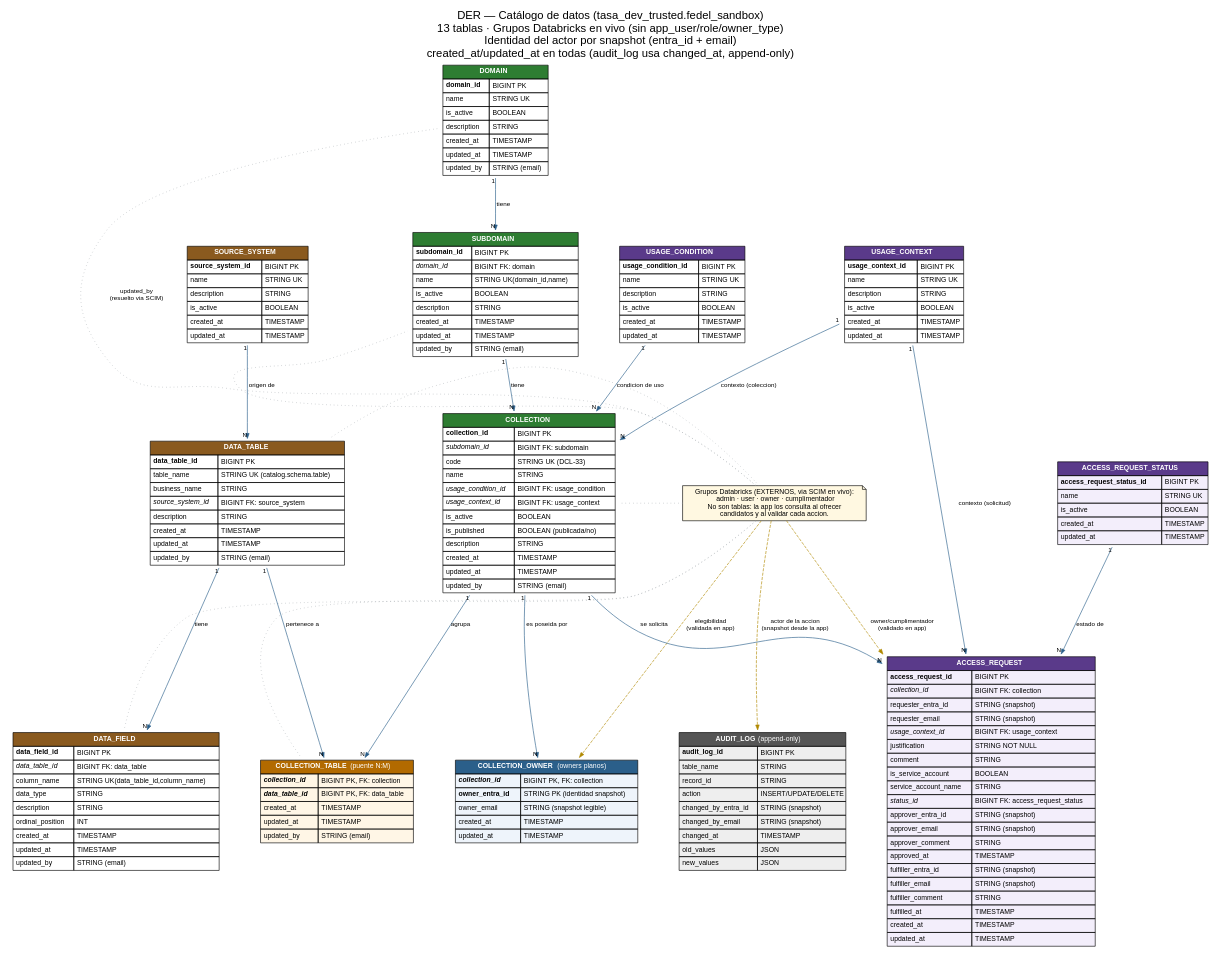
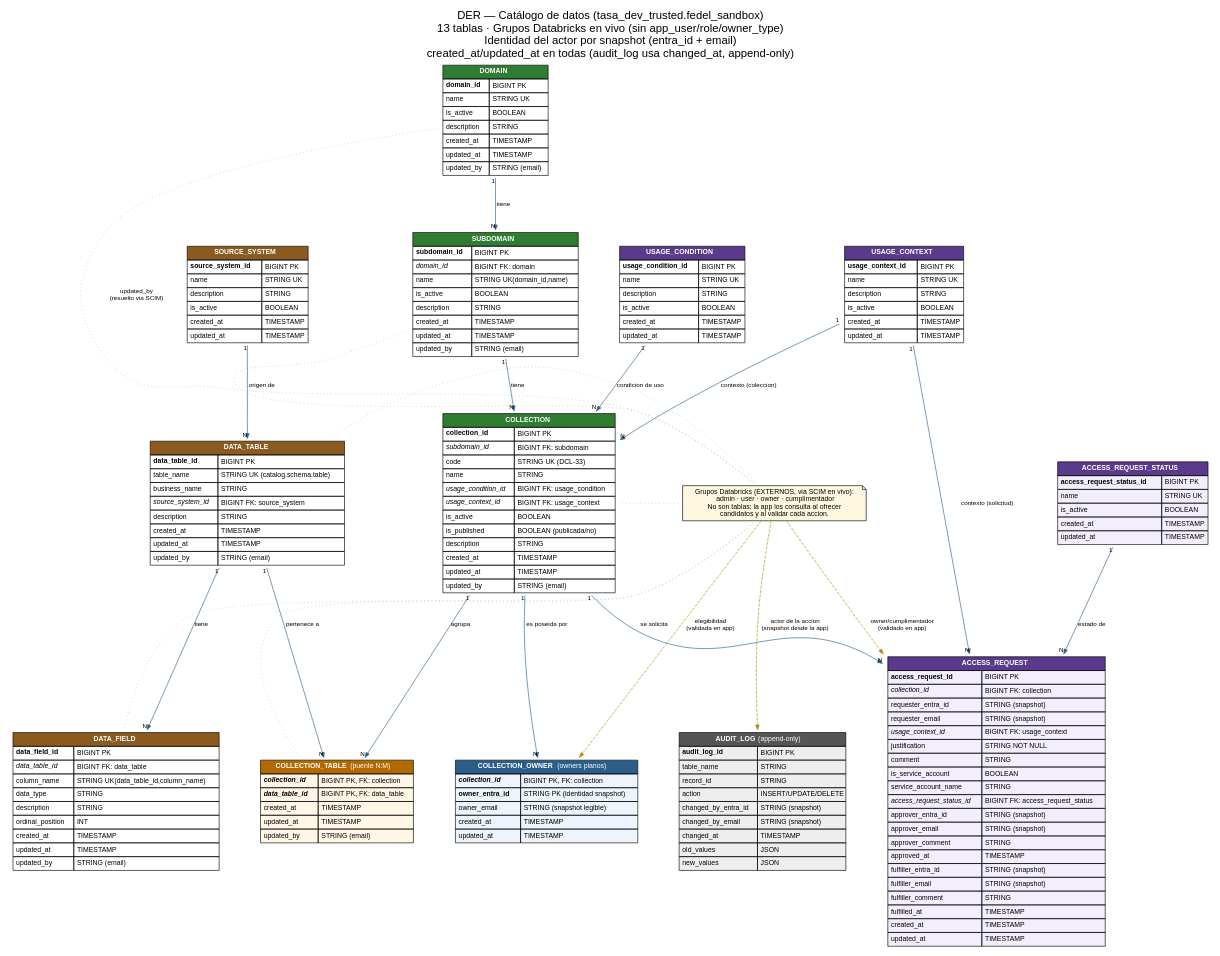
The diagram in der.dot (fedestf/der-grafico), drawn with Graphviz before and after one commit. The commit also changed 4 other files, not shown here.

Commit message:
Renombrar FK status_id a access_request_status_id (coherencia de naming)

```diff
--- a/der.dot
+++ b/der.dot
@@ -158,7 +158,7 @@
       <tr><td align="left">comment</td><td align="left">STRING</td></tr>
       <tr><td align="left">is_service_account</td><td align="left">BOOLEAN</td></tr>
       <tr><td align="left">service_account_name</td><td align="left">STRING</td></tr>
-      <tr><td align="left"><i>status_id</i></td><td align="left">BIGINT FK: access_request_status</td></tr>
+      <tr><td align="left"><i>access_request_status_id</i></td><td align="left">BIGINT FK: access_request_status</td></tr>
       <tr><td align="left">approver_entra_id</td><td align="left">STRING (snapshot)</td></tr>
       <tr><td align="left">approver_email</td><td align="left">STRING (snapshot)</td></tr>
       <tr><td align="left">approver_comment</td><td align="left">STRING</td></tr>
```
